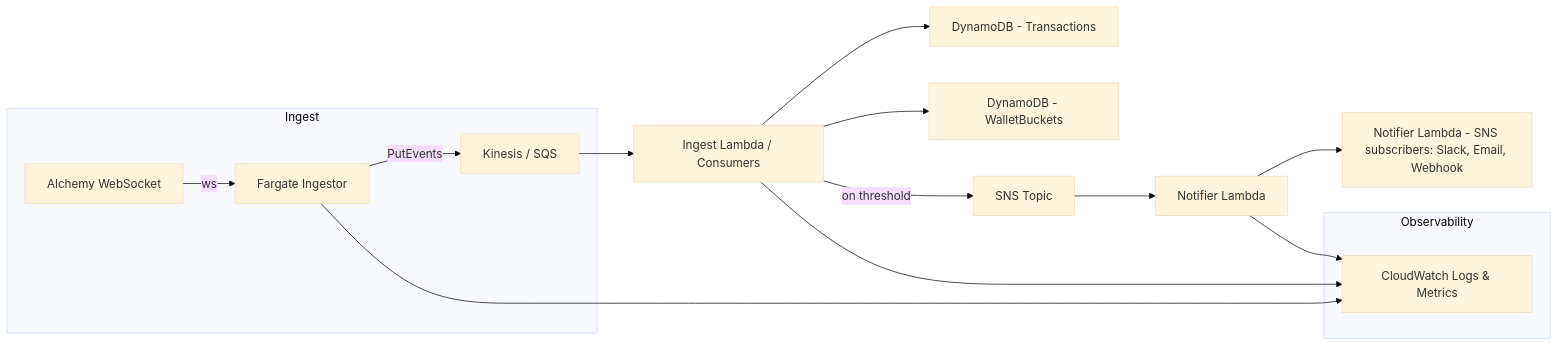
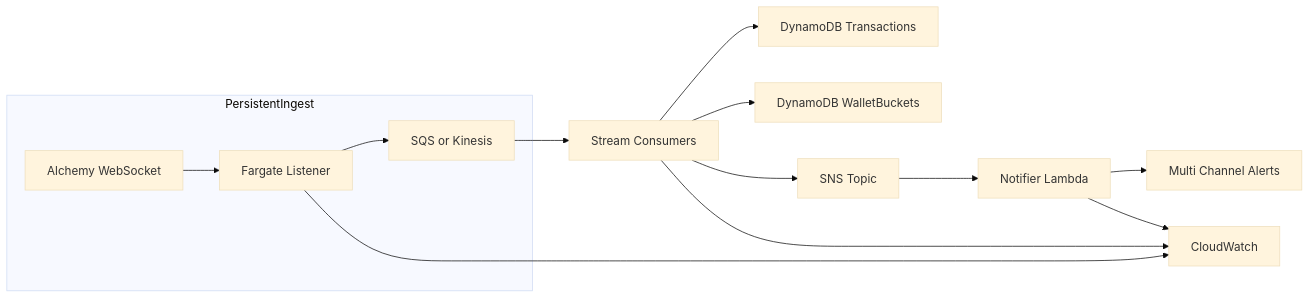
The second of 2 diagrams in README.md (jimesal/serverless-eth-watcher), drawn with Mermaid (base theme) before and after one commit. The commit also changed other lines of this file, not shown here.

````diff
--- a/README.md
+++ b/README.md
@@ -86,17 +92,16 @@
-  ```mermaid
+```mermaid
 flowchart LR
-  subgraph Ingest
-    A[Alchemy WebSocket] -->|ws| B[Fargate Ingestor]
-    B -->|PutEvents| K[Kinesis / SQS]
+  subgraph PersistentIngest
+    W[Alchemy WebSocket] --> X[Fargate Listener]
+    X --> Y[SQS or Kinesis]
   end
-  K --> C[Ingest Lambda / Consumers]
-  C --> D[DynamoDB - Transactions]
-  C --> E[DynamoDB - WalletBuckets]
-  C -->|on threshold| F[SNS Topic]
+  Y --> C[Stream Consumers]
+  C --> D[DynamoDB Transactions]
+  C --> E[DynamoDB WalletBuckets]
+  C --> F[SNS Topic]
   F --> G[Notifier Lambda]
-  G --> H[Notifier Lambda - SNS subscribers: Slack, Email, Webhook]
-  subgraph Observability
-    I[CloudWatch Logs & Metrics]
-  end
-  B & C & G --> I
-  ```
+  G --> H[Multi Channel Alerts]
+  X --> I[CloudWatch]
+  C --> I
+  G --> I
+```
````
